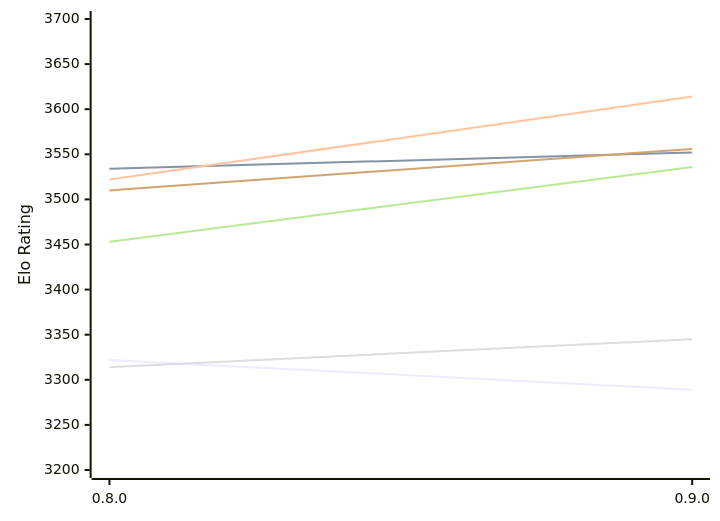
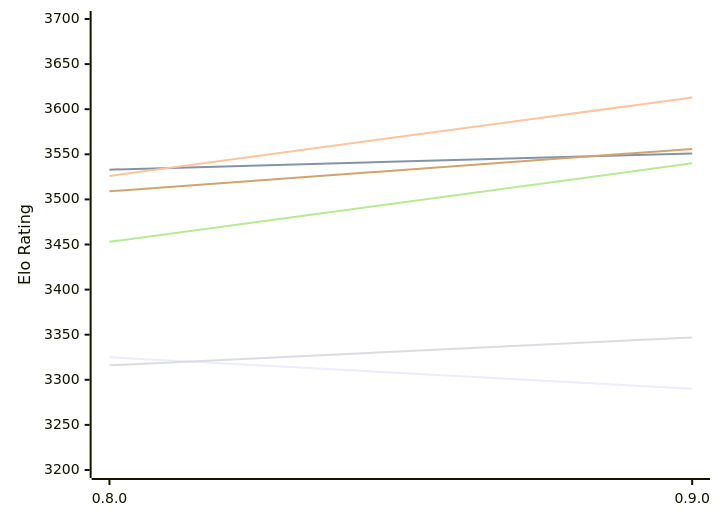
The first of 2 diagrams in engines/Motor.md (computer-chess-index/cci), drawn with Mermaid before and after one commit. The commit also changed other lines of this file, not shown here.

Commit message:
Update CCI Ratings (ELO VLTC) - 2026-11-27

````diff
--- a/engines/Motor.md
+++ b/engines/Motor.md
@@ -51,12 +51,12 @@
 ```mermaid
 %%{init: {"theme":"base","themeVariables":{"seriesColors:['#a3a3a3','#222221','#faa371']}}}%%
 xychart-beta
   x-axis ["0.8.0", "0.9.0"]
   y-axis "Elo Rating" 3200 --> 3700
-  line "E1: STC (8.0+0.08s)" [3322, 3289]
-  line "E1: LTC (60.0+0.60s)" [3534, 3552]
-  line "E1: VLTC (2m24s+1.12s)" [3522, 3614]
-  line "P1: STC (8.0+0.08s)" [3314, 3345]
-  line "P1: LTC (60.0+0.60s)" [3453, 3536]
-  line "P1: VLTC (2m24s+1.12s)" [3510, 3556]
+  line "E1: STC (8.0+0.08s)" [3325, 3290]
+  line "E1: LTC (60.0+0.60s)" [3533, 3551]
+  line "E1: VLTC (2m24s+1.12s)" [3526, 3613]
+  line "P1: STC (8.0+0.08s)" [3316, 3347]
+  line "P1: LTC (60.0+0.60s)" [3453, 3540]
+  line "P1: VLTC (2m24s+1.12s)" [3509, 3556]
 ```
````
